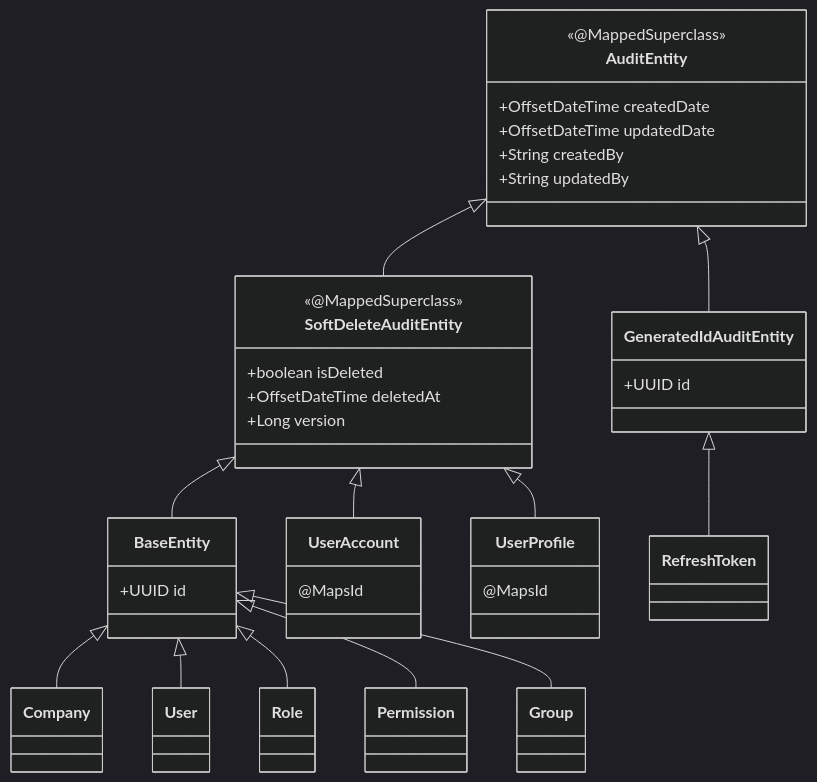
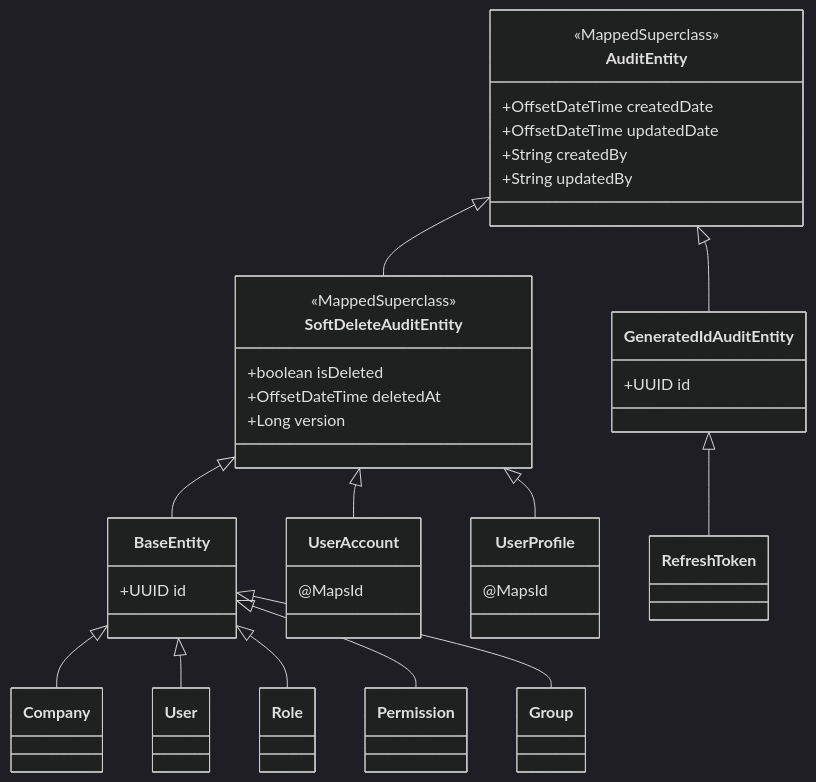
Before and after one commit to ibrhalil/forgesys: the fifth of 5 diagrams in docs/ARCHITECTURE.md, drawn with Mermaid (dark theme). The commit also changed other lines of this file and 46 other files, not shown here.

````diff
--- a/docs/ARCHITECTURE.md
+++ b/docs/ARCHITECTURE.md
@@ -179,48 +189,48 @@
 ```mermaid
 classDiagram
     class AuditEntity {
-        <<@MappedSuperclass>>
+        <<MappedSuperclass>>
         +OffsetDateTime createdDate
         +OffsetDateTime updatedDate
         +String createdBy
         +String updatedBy
     }
     class SoftDeleteAuditEntity {
-        <<@MappedSuperclass>>
+        <<MappedSuperclass>>
         +boolean isDeleted
         +OffsetDateTime deletedAt
         +Long version
     }
     class BaseEntity {
         +UUID id
     }
     class GeneratedIdAuditEntity {
         +UUID id
     }
 
     AuditEntity <|-- SoftDeleteAuditEntity
     AuditEntity <|-- GeneratedIdAuditEntity
     SoftDeleteAuditEntity <|-- BaseEntity
 
     class Company
     class User
     class UserAccount {
         @MapsId
     }
     class UserProfile {
         @MapsId
     }
     class Role
     class Permission
     class Group
     class RefreshToken
 
     BaseEntity <|-- Company
     BaseEntity <|-- User
     BaseEntity <|-- Role
     BaseEntity <|-- Permission
     BaseEntity <|-- Group
     SoftDeleteAuditEntity <|-- UserAccount
     SoftDeleteAuditEntity <|-- UserProfile
     GeneratedIdAuditEntity <|-- RefreshToken
 ```
````
